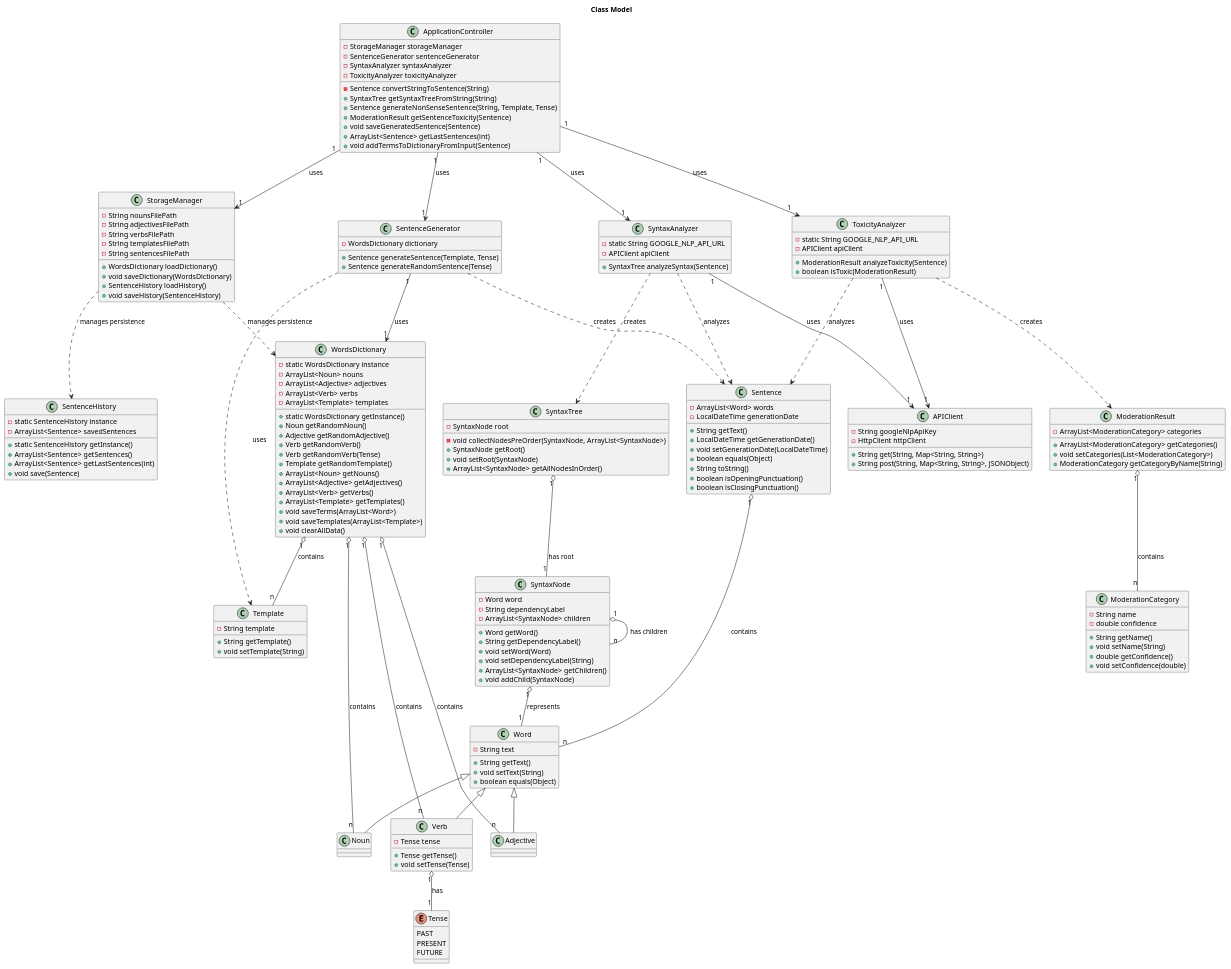
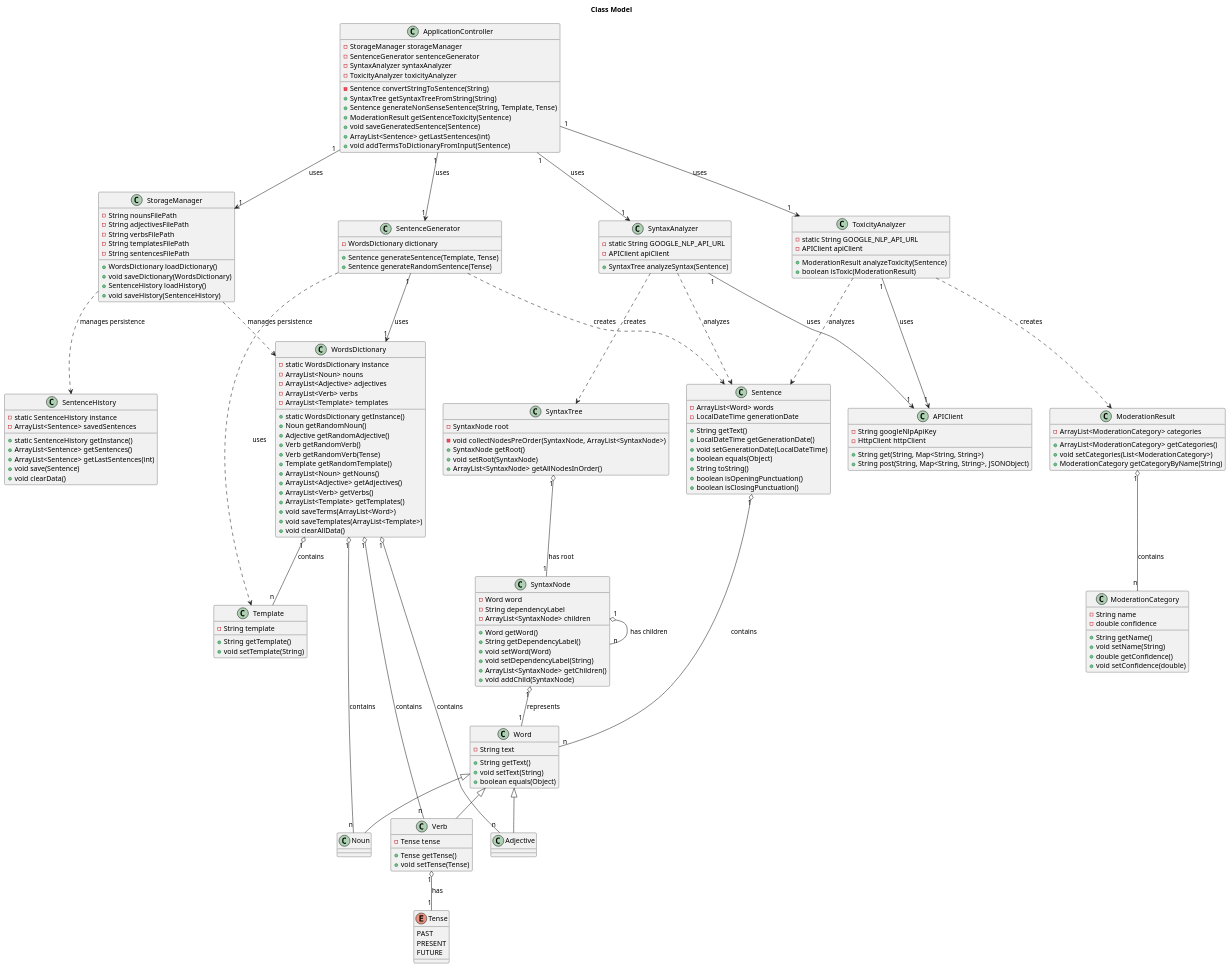
One commit to liamtoaldo/NonSenseGenerator changed the diagram in docs/diagrams/classmodel.plantuml. Above: the diagram before and after it, drawn with PlantUML. The commit also changed 2 other files, not shown here.

```diff
--- a/docs/diagrams/classmodel.plantuml
+++ b/docs/diagrams/classmodel.plantuml
@@ -74,7 +74,7 @@
     +ArrayList<Sentence> getSentences()
     +ArrayList<Sentence> getLastSentences(int)
     +void save(Sentence)
-    
+    +void clearData()
 }
 
 ' SentenceGenerator usa Design Pattern: Factory Method
```
